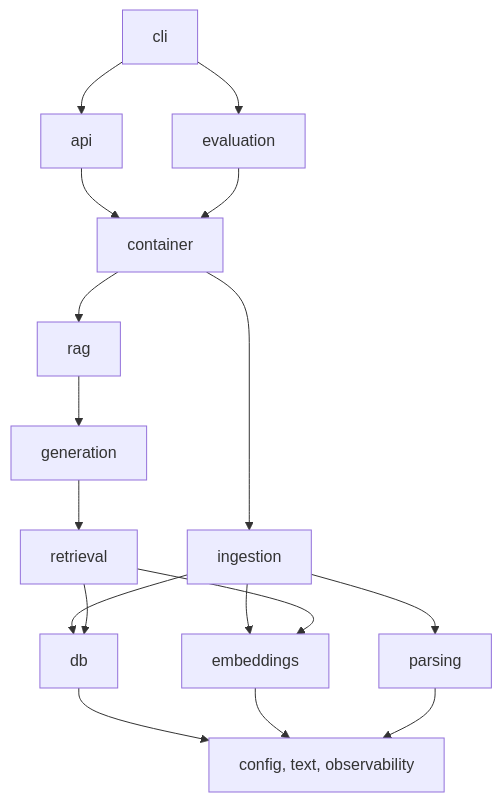
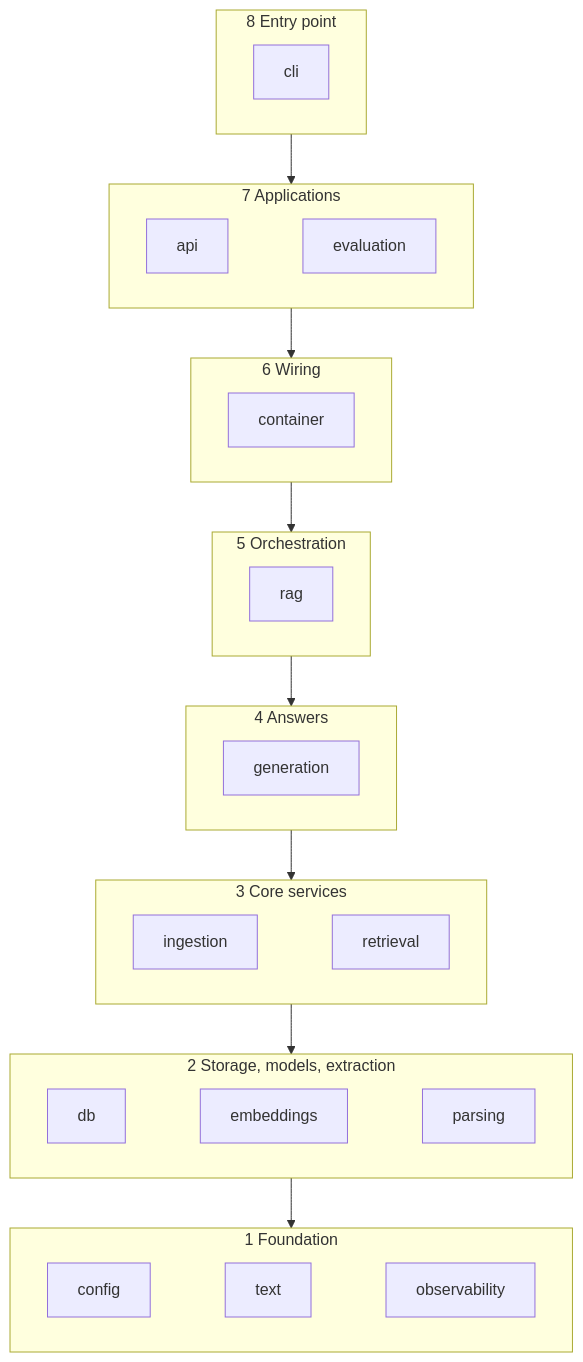
The second of 7 diagrams in docs/architecture.md (saicharan-nidiganti/production-rag), drawn with Mermaid before and after one commit. The commit also changed other lines of this file and 2 other files, not shown here.

First line of the commit message:
docs: rework the README, operations guide and architecture with new diagrams

````diff
--- a/docs/architecture.md
+++ b/docs/architecture.md
@@ -76,12 +90,36 @@
 ```mermaid
 flowchart TB
-    cli --> api & evaluation
-    api & evaluation --> container
-    container --> rag
-    rag --> generation
-    generation --> retrieval
-    container --> ingestion
-    ingestion --> parsing
-    ingestion & retrieval --> db & embeddings
-    db & embeddings & parsing --> foundation["config, text, observability"]
+    subgraph L8["8 Entry point"]
+        direction LR
+        cli
+    end
+    subgraph L7["7 Applications"]
+        direction LR
+        api ~~~ evaluation
+    end
+    subgraph L6["6 Wiring"]
+        direction LR
+        container
+    end
+    subgraph L5["5 Orchestration"]
+        direction LR
+        rag
+    end
+    subgraph L4["4 Answers"]
+        direction LR
+        generation
+    end
+    subgraph L3["3 Core services"]
+        direction LR
+        ingestion ~~~ retrieval
+    end
+    subgraph L2["2 Storage, models, extraction"]
+        direction LR
+        db ~~~ embeddings ~~~ parsing
+    end
+    subgraph L1["1 Foundation"]
+        direction LR
+        config ~~~ text ~~~ observability
+    end
+    L8 --> L7 --> L6 --> L5 --> L4 --> L3 --> L2 --> L1
 ```
````
